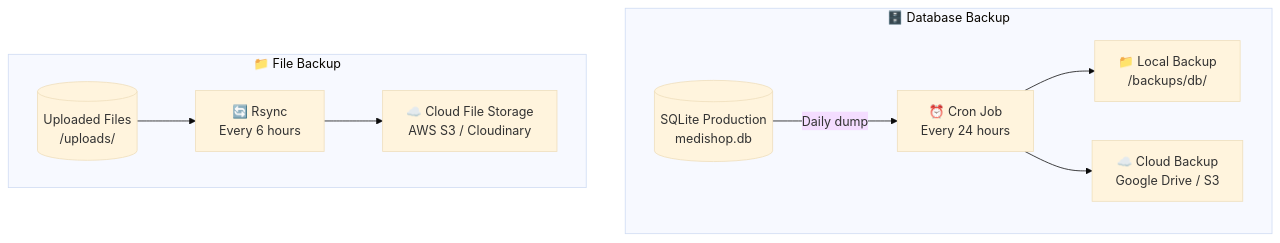
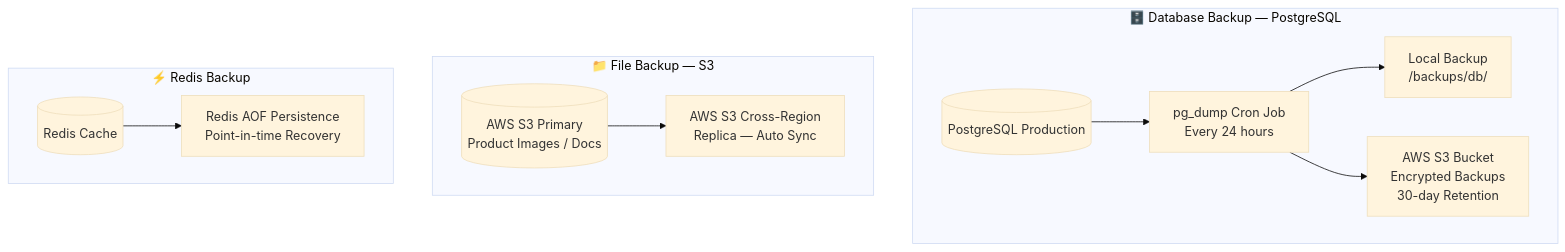
One commit to tayeb736/prohect12 changed the sixth of 6 diagrams in diagrams/06_deployment_diagram.md. Above: the diagram before and after it, drawn with Mermaid (base theme). The commit also changed other lines of this file and 7 other files, not shown here.

Commit message:
docs: update all UML diagrams — add PostgreSQL, Redis, S3, Stripe, SendGrid, KYC, Swagger per readme2 & README3

````diff
--- a/diagrams/06_deployment_diagram.md
+++ b/diagrams/06_deployment_diagram.md
@@ -154,21 +202,25 @@
 ```mermaid
 graph TB
-  subgraph "🗄️ Database Backup"
-    DB[(SQLite Production\nmedishop.db)]
-    CRON[⏰ Cron Job\nEvery 24 hours]
-    BACKUP_LOCAL[📁 Local Backup\n/backups/db/]
-    BACKUP_CLOUD[☁️ Cloud Backup\nGoogle Drive / S3]
+  subgraph "🗄️ Database Backup — PostgreSQL"
+    PG_DB[(PostgreSQL Production)]
+    CRON_DB[pg_dump Cron Job\nEvery 24 hours]
+    BACKUP_LOCAL[Local Backup\n/backups/db/]
+    BACKUP_S3[AWS S3 Bucket\nEncrypted Backups\n30-day Retention]
   end
 
-  subgraph "📁 File Backup"
-    UPLOADS[(Uploaded Files\n/uploads/)]
-    SYNC[🔄 Rsync\nEvery 6 hours]
-    BACKUP_FILES[☁️ Cloud File Storage\nAWS S3 / Cloudinary]
+  subgraph "📁 File Backup — S3"
+    S3_FILES[(AWS S3 Primary\nProduct Images / Docs)]
+    S3_REPLICA[AWS S3 Cross-Region\nReplica — Auto Sync]
   end
 
-  DB -->|Daily dump| CRON
-  CRON --> BACKUP_LOCAL
-  CRON --> BACKUP_CLOUD
-  UPLOADS --> SYNC
-  SYNC --> BACKUP_FILES
+  subgraph "⚡ Redis Backup"
+    REDIS_DB[(Redis Cache)]
+    REDIS_PERSIST[Redis AOF Persistence\nPoint-in-time Recovery]
+  end
+
+  PG_DB --> CRON_DB
+  CRON_DB --> BACKUP_LOCAL
+  CRON_DB --> BACKUP_S3
+  S3_FILES --> S3_REPLICA
+  REDIS_DB --> REDIS_PERSIST
 ```
````
